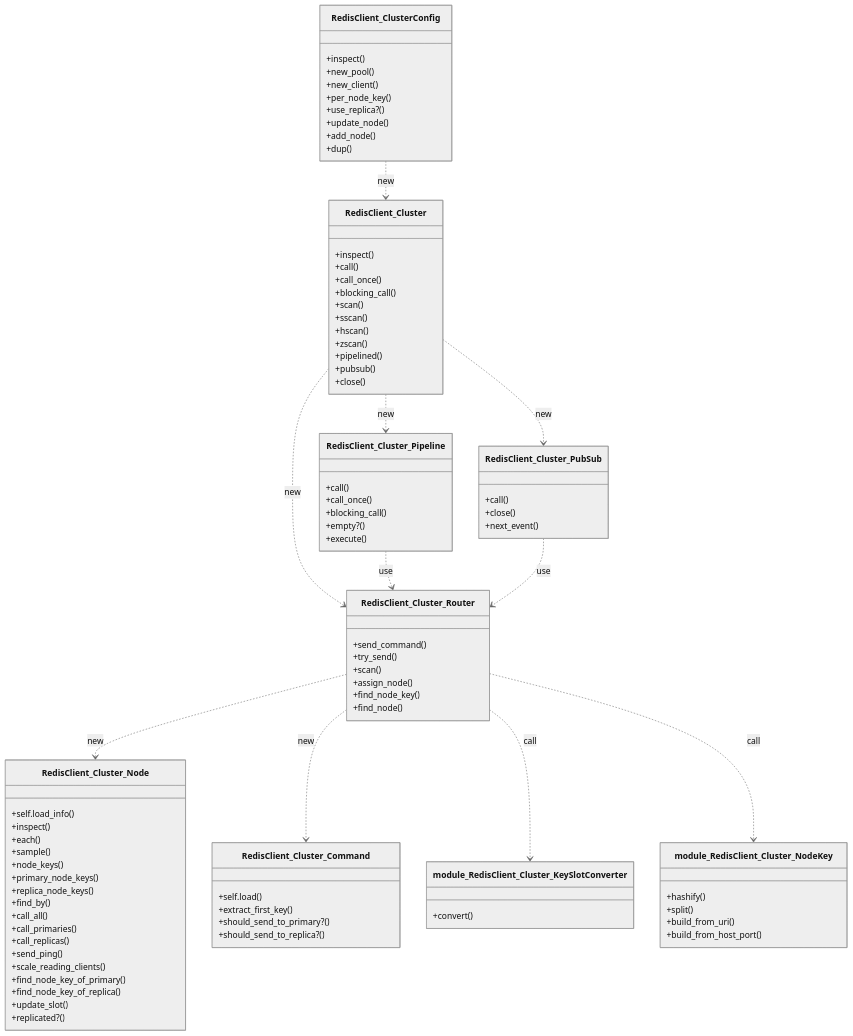
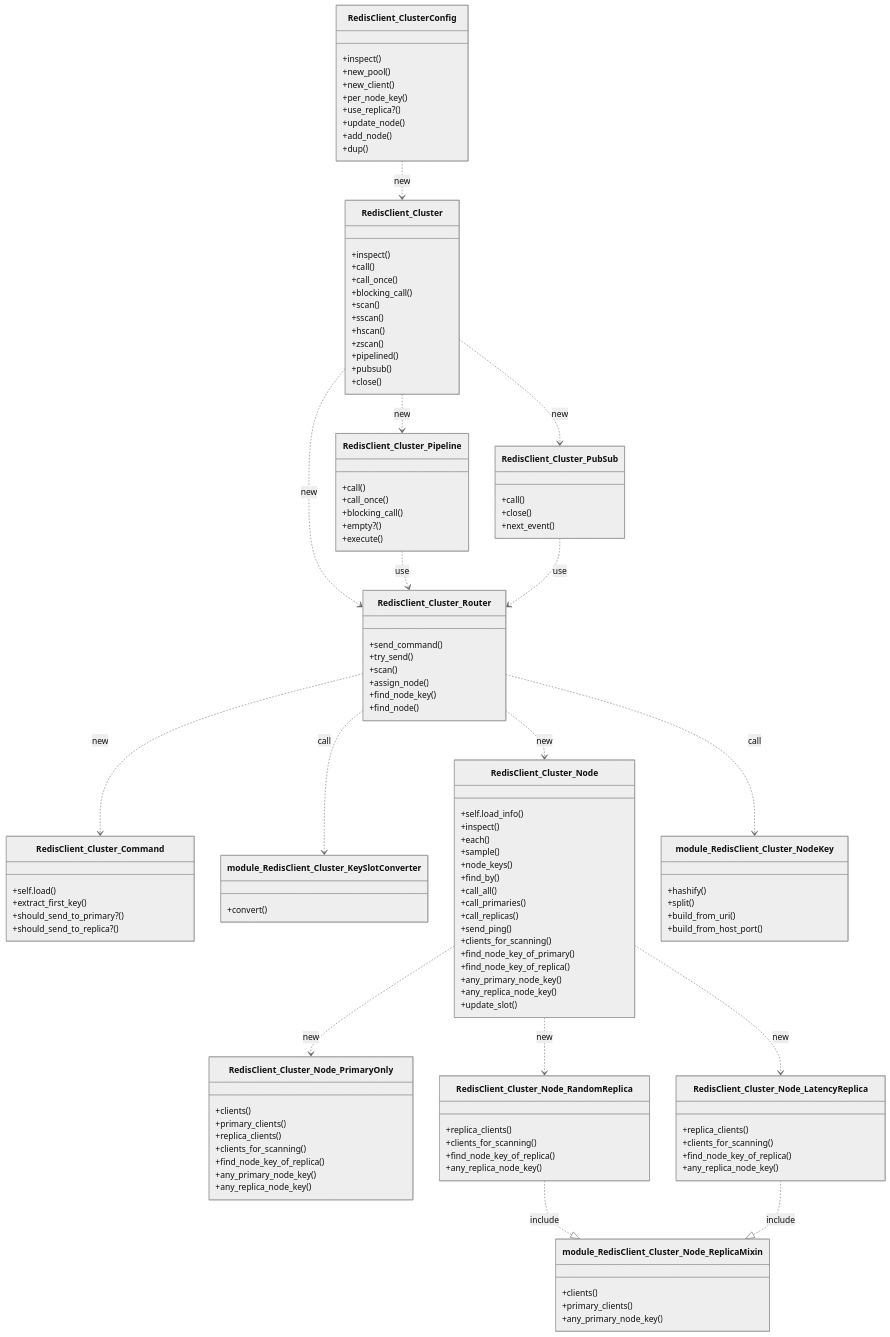
Before and after one commit to redis-rb/redis-cluster-client: the diagram in docs/class_diagrams_redis_cluster_client.md, drawn with Mermaid (neutral theme). The commit also changed 20 other files, not shown here.

````diff
--- a/docs/class_diagrams_redis_cluster_client.md
+++ b/docs/class_diagrams_redis_cluster_client.md
@@ -44,18 +44,47 @@
     +each()
     +sample()
     +node_keys()
-    +primary_node_keys()
-    +replica_node_keys()
     +find_by()
     +call_all()
     +call_primaries()
     +call_replicas()
     +send_ping()
-    +scale_reading_clients()
+    +clients_for_scanning()
     +find_node_key_of_primary()
     +find_node_key_of_replica()
+    +any_primary_node_key()
+    +any_replica_node_key()
     +update_slot()
-    +replicated?()
+  }
+
+  class RedisClient_Cluster_Node_PrimaryOnly {
+    +clients()
+    +primary_clients()
+    +replica_clients()
+    +clients_for_scanning()
+    +find_node_key_of_replica()
+    +any_primary_node_key()
+    +any_replica_node_key()
+  }
+
+  class RedisClient_Cluster_Node_RandomReplica {
+    +replica_clients()
+    +clients_for_scanning()
+    +find_node_key_of_replica()
+    +any_replica_node_key()
+  }
+
+  class RedisClient_Cluster_Node_LatencyReplica {
+    +replica_clients()
+    +clients_for_scanning()
+    +find_node_key_of_replica()
+    +any_replica_node_key()
+  }
+
+  class module_RedisClient_Cluster_Node_ReplicaMixin {
+    +clients()
+    +primary_clients()
+    +any_primary_node_key()
   }
 
   class module_RedisClient_Cluster_NodeKey {
@@ -101,4 +130,10 @@
   RedisClient_Cluster_Router ..> RedisClient_Cluster_Command : new
   RedisClient_Cluster_Router ..> module_RedisClient_Cluster_KeySlotConverter : call
   RedisClient_Cluster_Router ..> module_RedisClient_Cluster_NodeKey : call
+
+  RedisClient_Cluster_Node_RandomReplica ..|> module_RedisClient_Cluster_Node_ReplicaMixin : include
+  RedisClient_Cluster_Node_LatencyReplica ..|> module_RedisClient_Cluster_Node_ReplicaMixin : include
+  RedisClient_Cluster_Node ..> RedisClient_Cluster_Node_PrimaryOnly : new
+  RedisClient_Cluster_Node ..> RedisClient_Cluster_Node_RandomReplica : new
+  RedisClient_Cluster_Node ..> RedisClient_Cluster_Node_LatencyReplica : new
 ```
````
